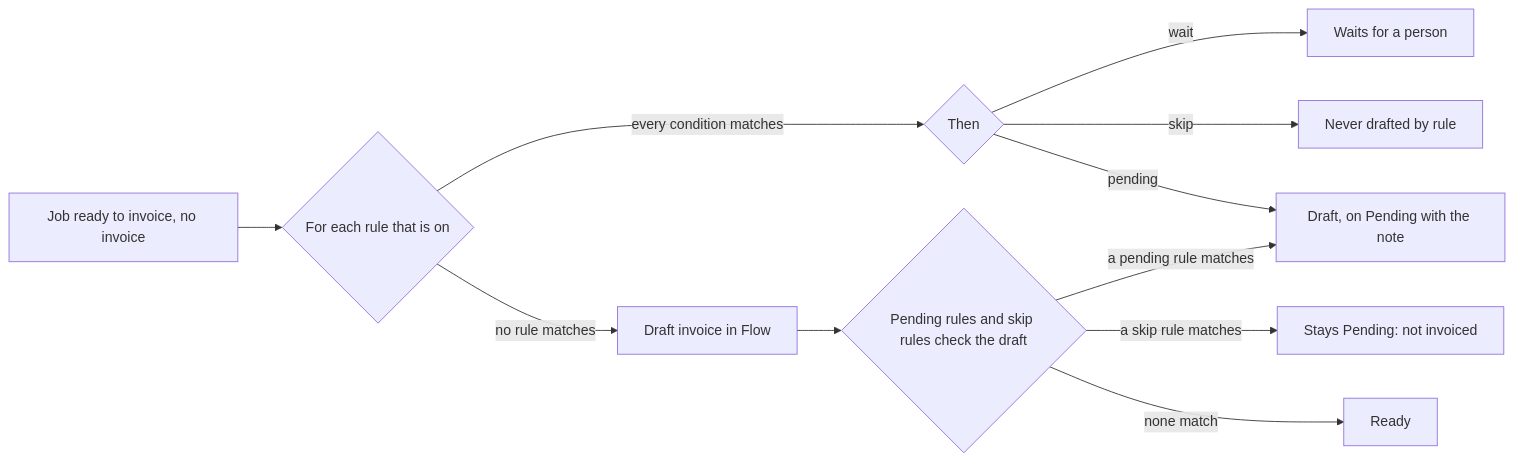
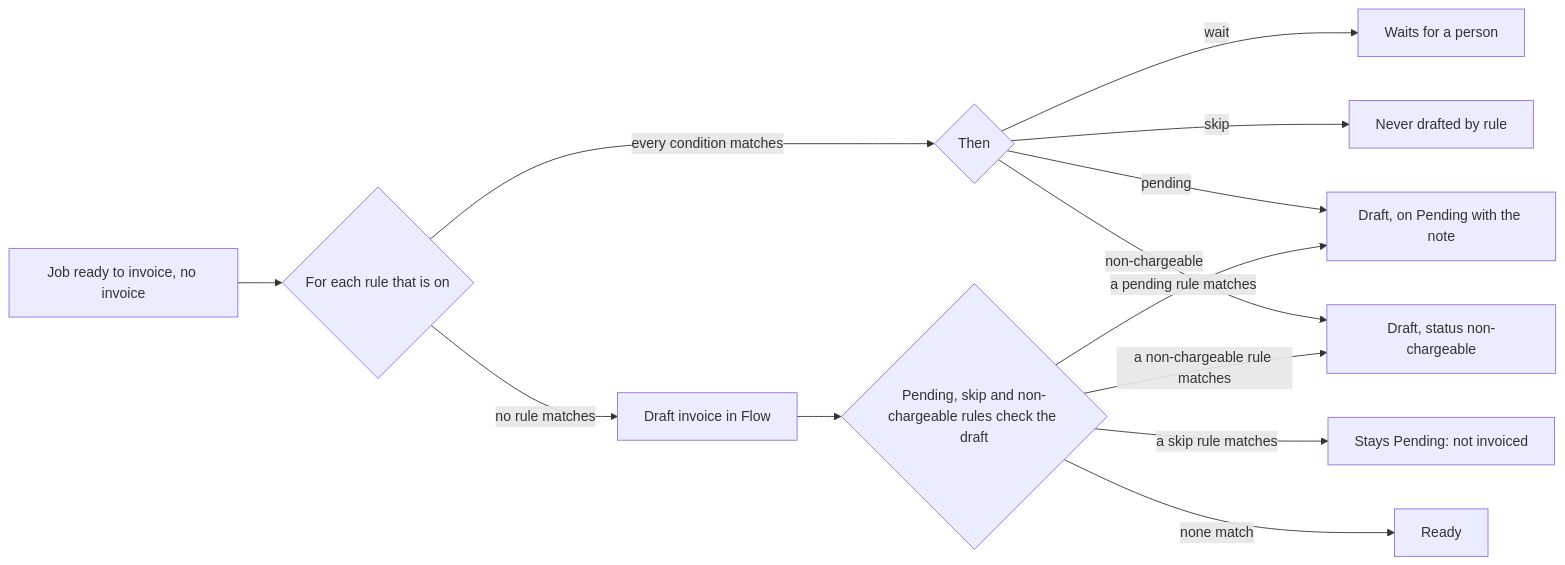
Before and after one commit to arcforgelabs/flow: the diagram in docs/INVOICE_RULES.md, drawn with Mermaid. The commit also changed other lines of this file and 27 other files, not shown here.

First line of the commit message:
feat: non-chargeable work has its own invoice status and tab

````diff
--- a/docs/INVOICE_RULES.md
+++ b/docs/INVOICE_RULES.md
@@ -9,13 +9,15 @@
 ```mermaid
 flowchart LR
   ready[Job ready to invoice, no invoice] --> each{For each rule that is on}
   each -- every condition matches --> then{Then}
   then -- wait --> wait[Waits for a person]
   then -- skip --> skip[Never drafted by rule]
   then -- pending --> flagged[Draft, on Pending with the note]
+  then -- non-chargeable --> quiet[Draft, status non-chargeable]
   each -- no rule matches --> draft[Draft invoice in Flow]
-  draft --> check{Pending rules and skip rules check the draft}
+  draft --> check{Pending, skip and non-chargeable rules check the draft}
   check -- a pending rule matches --> flagged
   check -- a skip rule matches --> held[Stays Pending: not invoiced]
+  check -- a non-chargeable rule matches --> quiet
   check -- none match --> readyTab[Ready]
 ```
````
